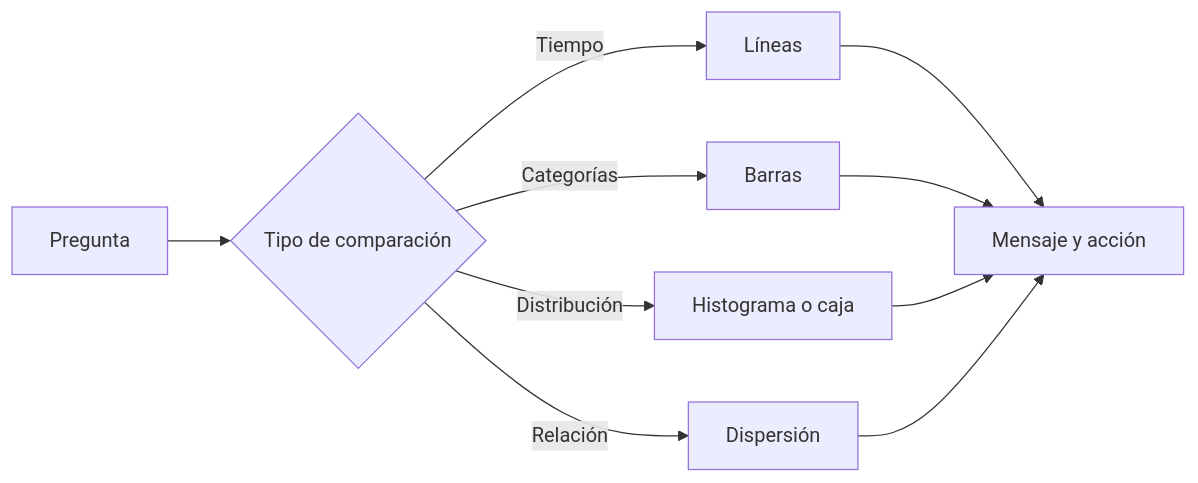
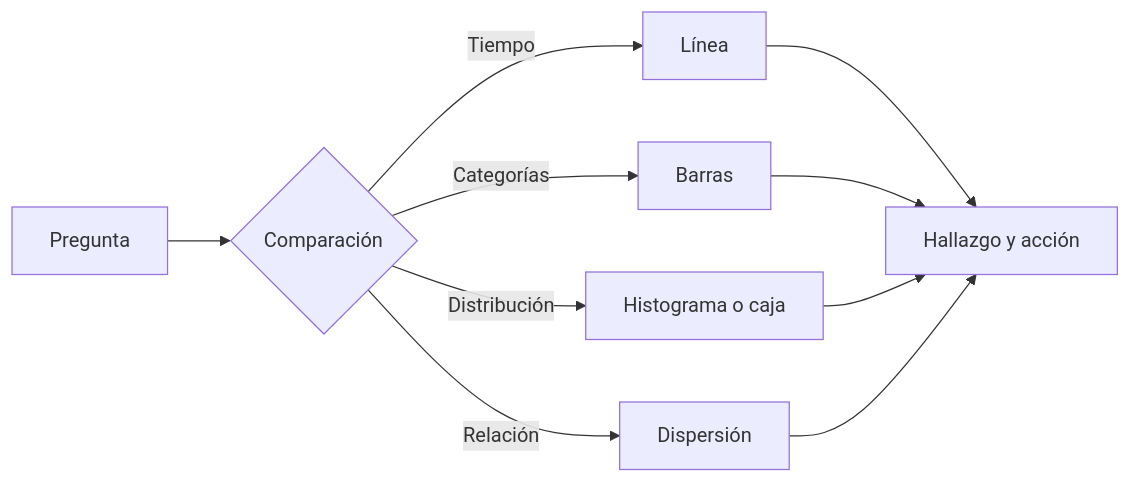
One commit to Ayhur/CursoAnalista changed diagram 16 of 32 in dist/markdown/temario-completo.md. Above: the diagram before and after it, drawn with Mermaid. The commit also changed other lines of this file and 29 other files, not shown here.

````diff
--- a/dist/markdown/temario-completo.md
+++ b/dist/markdown/temario-completo.md
@@ -1148,12 +1163,12 @@
 ```mermaid
 flowchart LR
-    A[Pregunta] --> B{Tipo de comparación}
-    B -->|Tiempo| C[Líneas]
-    B -->|Categorías| D[Barras]
-    B -->|Distribución| E[Histograma o caja]
-    B -->|Relación| F[Dispersión]
-    C --> G[Mensaje y acción]
-    D --> G
-    E --> G
-    F --> G
+ A[Pregunta] --> B{Comparación}
+ B -->|Tiempo| C[Línea]
+ B -->|Categorías| D[Barras]
+ B -->|Distribución| E[Histograma o caja]
+ B -->|Relación| F[Dispersión]
+ C --> G[Hallazgo y acción]
+ D --> G
+ E --> G
+ F --> G
 ```
````
